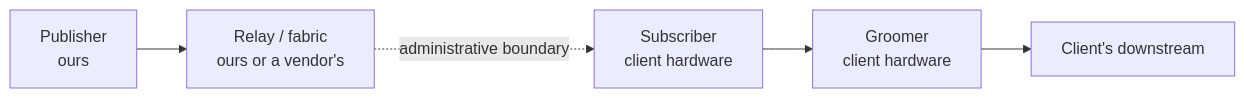
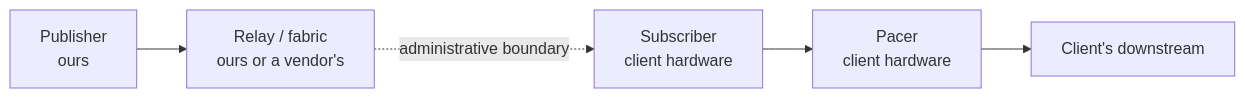
One commit to tdrapier-wbd/moq-mpegts-paper changed the diagram in lab/test-39-cross-boundary-observability.md. Above: the diagram before and after it, drawn with Mermaid. The commit also changed other lines of this file and 72 other files, not shown here.

Commit message:
Rename grooming to pacing throughout (groomer→pacer, groomed→paced); filenames, scripts and commands unchanged

````diff
--- a/lab/test-39-cross-boundary-observability.md
+++ b/lab/test-39-cross-boundary-observability.md
@@ -15,7 +15,7 @@
 ```mermaid
 flowchart LR
   P[Publisher<br/>ours] --> R[Relay / fabric<br/>ours or a vendor's]
   R -.->|administrative boundary| S[Subscriber<br/>client hardware]
-  S --> G[Groomer<br/>client hardware]
+  S --> G[Pacer<br/>client hardware]
   G --> D[Client's downstream]
 ```
````
